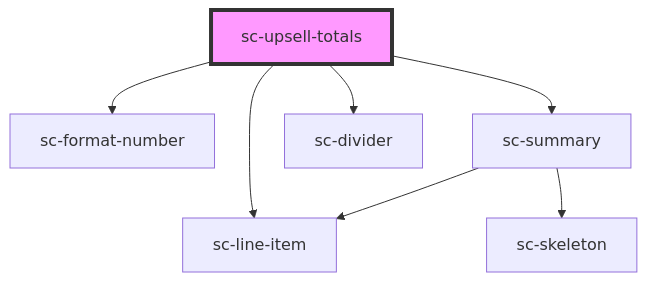
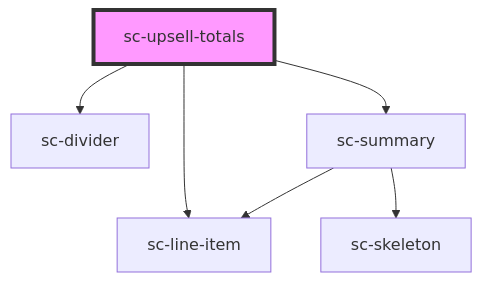
One commit to surecart/surecart-wp-plugin changed the diagram in packages/components/src/components/controllers/upsell/sc-upsell-totals/readme.md. Above: the diagram before and after it, drawn with Mermaid. The commit also changed other lines of this file and 37 other files, not shown here.

````diff
--- a/packages/components/src/components/controllers/upsell/sc-upsell-totals/readme.md
+++ b/packages/components/src/components/controllers/upsell/sc-upsell-totals/readme.md
@@ -18,10 +17,9 @@
 ```mermaid
 graph TD;
-  sc-upsell-totals --> sc-format-number
-  sc-upsell-totals --> sc-summary
   sc-upsell-totals --> sc-divider
   sc-upsell-totals --> sc-line-item
+  sc-upsell-totals --> sc-summary
   sc-summary --> sc-line-item
   sc-summary --> sc-skeleton
   style sc-upsell-totals fill:#f9f,stroke:#333,stroke-width:4px
 ```
````
